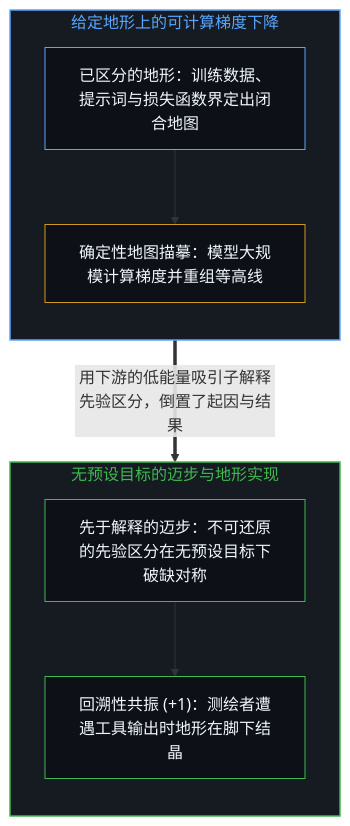
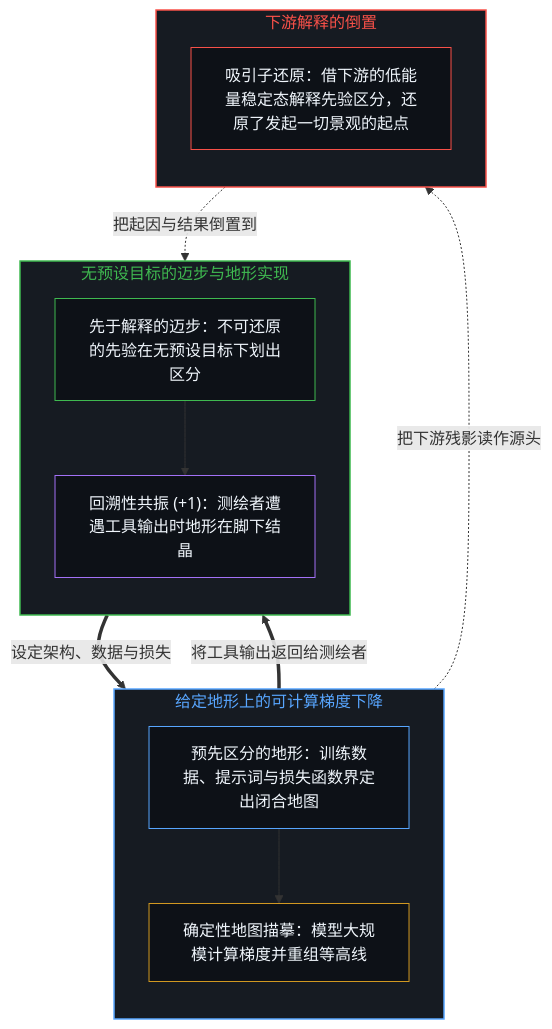
The first of 2 diagrams in content/posts/the-descent-that-doesnt-know-where-its-going.md (powerpig99/not-a-toe), drawn with Mermaid before and after one commit. The commit also changed other lines of this file and 5 other files, not shown here.

````diff
--- a/content/posts/the-descent-that-doesnt-know-where-its-going.md
+++ b/content/posts/the-descent-that-doesnt-know-where-its-going.md
@@ -17,22 +17,31 @@
 ```mermaid
 flowchart TD
+    subgraph S_Realize["无预设目标的迈步与地形实现"]
+        direction TB
+        Step["先于解释的迈步：不可还原的先验在无预设目标下划出区分"]
+        Resonate["回溯性共振 (+1)：测绘者遭遇工具输出时地形在脚下结晶"]
+        Step --> Resonate
+    end
     subgraph S_Trace["给定地形上的可计算梯度下降"]
         direction TB
-        Given["已区分的地形：训练数据、提示词与损失函数界定出闭合地图"]
+        Given["预先区分的地形：训练数据、提示词与损失函数界定出闭合地图"]
         Compute["确定性地图描摹：模型大规模计算梯度并重组等高线"]
         Given --> Compute
     end
-    subgraph S_Realize["无预设目标的迈步与地形实现"]
+    subgraph S_Invert["下游解释的倒置"]
         direction TB
-        Step["先于解释的迈步：不可还原的先验区分在无预设目标下破缺对称"]
-        Resonate["回溯性共振 (+1)：测绘者遭遇工具输出时地形在脚下结晶"]
-        Step --> Resonate
+        Trap["吸引子还原：借下游的低能量稳定态解释先验区分，还原了发起一切景观的起点"]
     end
-    Compute ==>|"用下游的低能量吸引子解释先验区分，倒置了起因与结果"| Step
+    Step ==>|"设定架构、数据与损失"| Given
+    Compute ==>|"将工具输出返回给测绘者"| Resonate
+    Compute -.->|"把下游残影读作源头"| Trap
+    Trap -.->|"把起因与结果倒置到"| Step
+    style S_Realize fill:#161b22,stroke:#3fb950,stroke-width:1.5px,color:#3fb950
     style S_Trace fill:#161b22,stroke:#58a6ff,stroke-width:1.5px,color:#58a6ff
-    style S_Realize fill:#161b22,stroke:#3fb950,stroke-width:1.5px,color:#3fb950
+    style S_Invert fill:#161b22,stroke:#f85149,stroke-width:1.5px,color:#f85149
+    style Step fill:#0d1117,stroke:#3fb950,stroke-width:1px,color:#f0f6fc
+    style Resonate fill:#0d1117,stroke:#a371f7,stroke-width:1px,color:#f0f6fc
     style Given fill:#0d1117,stroke:#58a6ff,stroke-width:1px,color:#f0f6fc
     style Compute fill:#0d1117,stroke:#d29922,stroke-width:1px,color:#f0f6fc
-    style Step fill:#0d1117,stroke:#3fb950,stroke-width:1px,color:#f0f6fc
-    style Resonate fill:#0d1117,stroke:#3fb950,stroke-width:1px,color:#f0f6fc
+    style Trap fill:#0d1117,stroke:#f85149,stroke-width:1px,color:#f0f6fc
 ```
````
